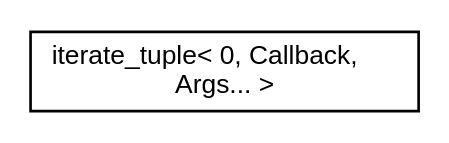
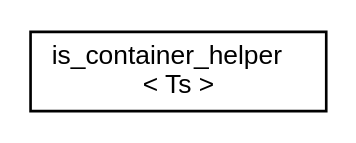
The diagram in inherit_graph_4.dot (Rejdok/OTUSFourthTask), drawn with Graphviz before and after one commit. The commit also changed 38 other files, not shown here.

```diff
--- a/inherit_graph_4.dot
+++ b/inherit_graph_4.dot
@@ -1,7 +1,7 @@
 digraph "Graphical Class Hierarchy"
 {
   edge [fontname="Helvetica",fontsize="10",labelfontname="Helvetica",labelfontsize="10"];
   node [fontname="Helvetica",fontsize="10",shape=record];
   rankdir="LR";
-  Node1 [label="iterate_tuple\< 0, Callback,\l Args... \>",height=0.2,width=0.4,color="black", fillcolor="white", style="filled",URL="$structiterate__tuple_3_010_00_01_callback_00_01_args_8_8_8_01_4.html"];
+  Node1 [label="is_container_helper\l\< Ts \>",height=0.2,width=0.4,color="black", fillcolor="white", style="filled",URL="$structis__container__helper.html"];
 }
```
